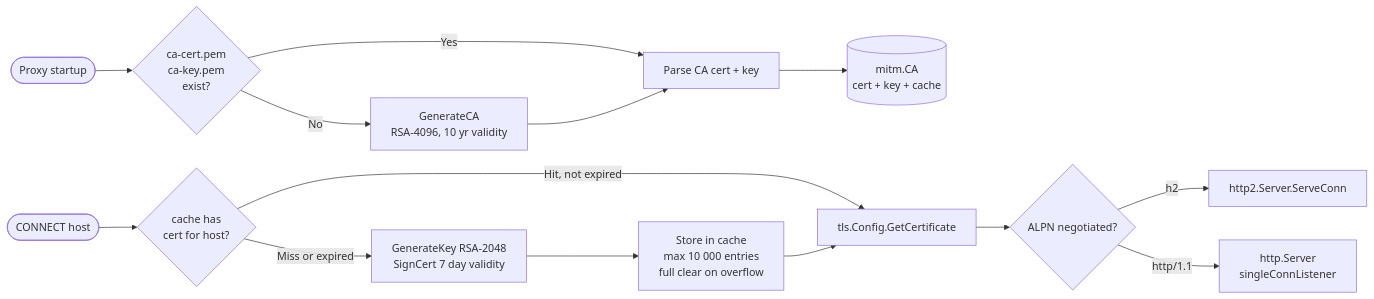
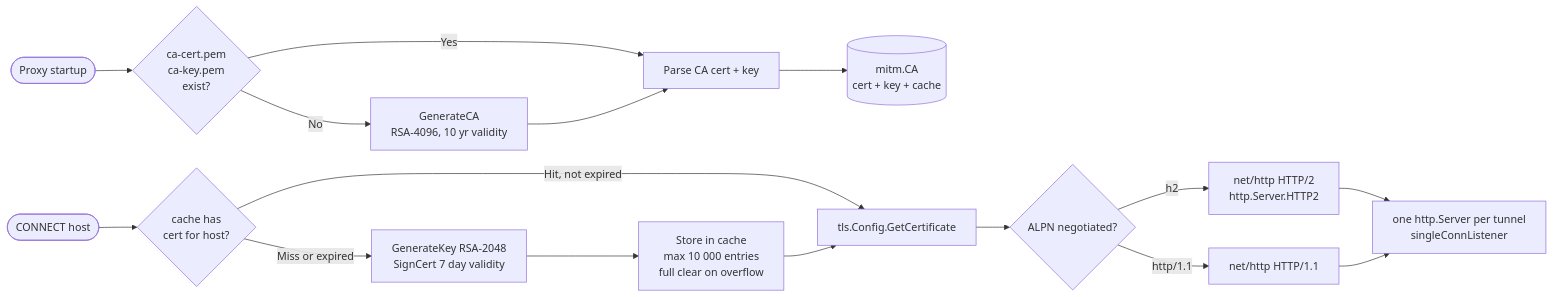
The eighth of 9 diagrams in docs/architecture.md (laplaque/ai-anonymizing-proxy), drawn with Mermaid before and after one commit. The commit also changed 3 other files, not shown here.

````diff
--- a/docs/architecture.md
+++ b/docs/architecture.md
@@ -293,17 +293,19 @@
 ```mermaid
 flowchart LR
     START([Proxy startup]) --> LOAD{ca-cert.pem\nca-key.pem\nexist?}
     LOAD -->|Yes| PARSE[Parse CA cert + key]
     LOAD -->|No| GEN[GenerateCA\nRSA-4096, 10 yr validity]
     GEN --> PARSE
     PARSE --> CA[(mitm.CA\ncert + key + cache)]
 
     REQ([CONNECT host]) --> CCHECK{cache has\ncert for host?}
     CCHECK -->|Hit, not expired| TLSCFG
     CCHECK -->|Miss or expired| SIGN[GenerateKey RSA-2048\nSignCert 7 day validity]
     SIGN --> STORE[Store in cache\nmax 10 000 entries\nfull clear on overflow]
     STORE --> TLSCFG[tls.Config.GetCertificate]
     TLSCFG --> ALPN{ALPN negotiated?}
-    ALPN -->|h2| H2[http2.Server.ServeConn]
-    ALPN -->|http/1.1| H1[http.Server\nsingleConnListener]
+    ALPN -->|h2| H2[net/http HTTP/2\nhttp.Server.HTTP2]
+    ALPN -->|http/1.1| H1[net/http HTTP/1.1]
+    H2 --> SRV[one http.Server per tunnel\nsingleConnListener]
+    H1 --> SRV
 ```
````
